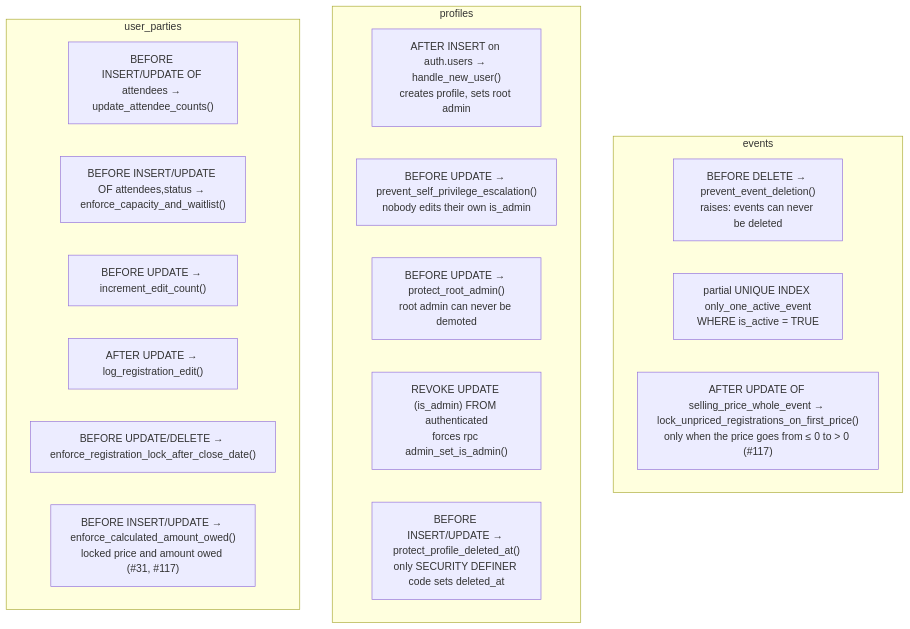
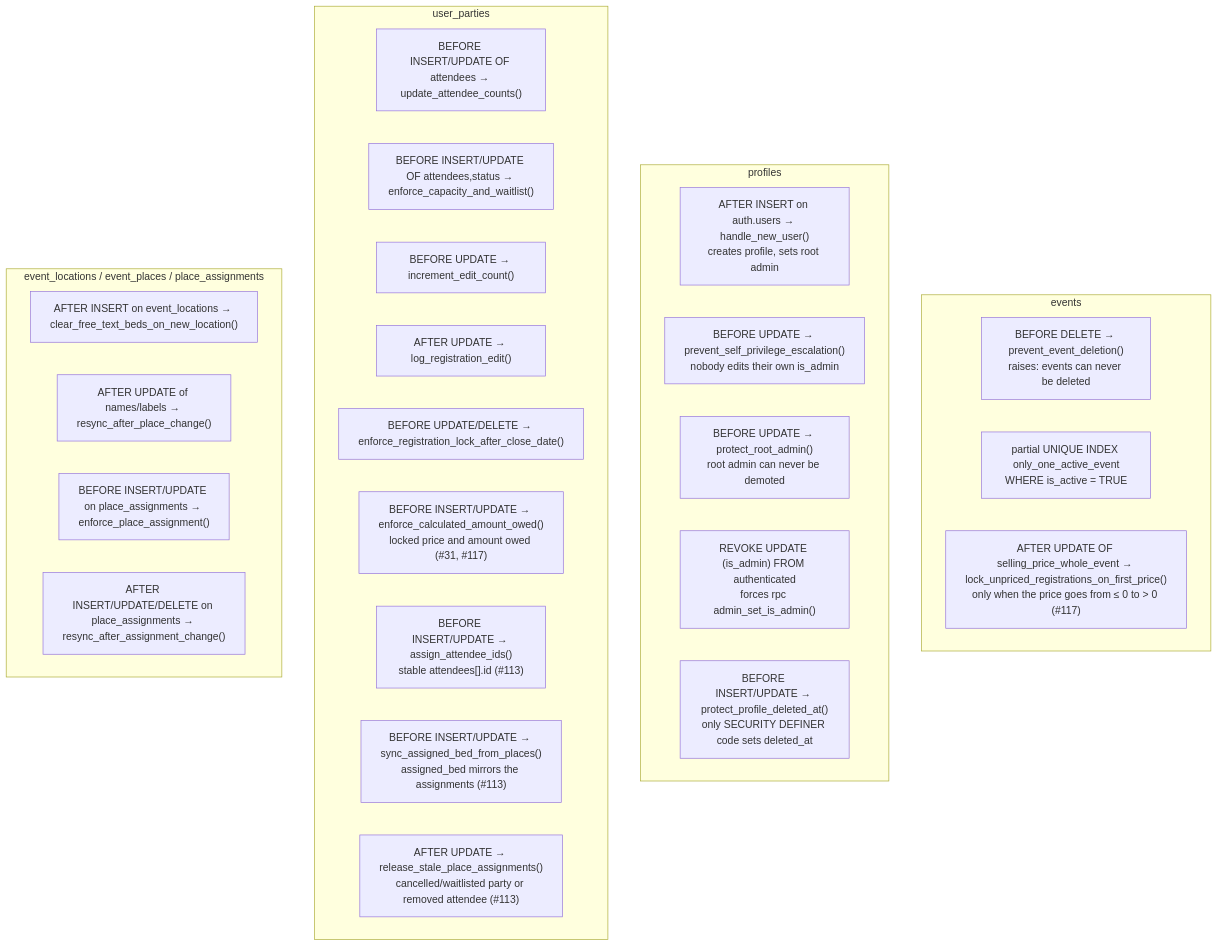
One commit to YULmix/yulmix-la-bedaine changed the second of 2 diagrams in docs/03-data-model.md. Above: the diagram before and after it, drawn with Mermaid. The commit also changed other lines of this file and 12 other files, not shown here.

````diff
--- a/docs/03-data-model.md
+++ b/docs/03-data-model.md
@@ -221,23 +260,32 @@
 ```mermaid
 flowchart TD
   subgraph events
     E1["BEFORE DELETE → prevent_event_deletion()<br/>raises: events can never be deleted"]
     E2["partial UNIQUE INDEX only_one_active_event<br/>WHERE is_active = TRUE"]
     E3["AFTER UPDATE OF selling_price_whole_event → lock_unpriced_registrations_on_first_price()<br/>only when the price goes from ≤ 0 to > 0 (#117)"]
   end
   subgraph profiles
     P1["AFTER INSERT on auth.users → handle_new_user()<br/>creates profile, sets root admin"]
     P2["BEFORE UPDATE → prevent_self_privilege_escalation()<br/>nobody edits their own is_admin"]
     P3["BEFORE UPDATE → protect_root_admin()<br/>root admin can never be demoted"]
     P4["REVOKE UPDATE (is_admin) FROM authenticated<br/>forces rpc admin_set_is_admin()"]
     P5["BEFORE INSERT/UPDATE → protect_profile_deleted_at()<br/>only SECURITY DEFINER code sets deleted_at"]
   end
   subgraph user_parties
     U1["BEFORE INSERT/UPDATE OF attendees → update_attendee_counts()"]
     U2["BEFORE INSERT/UPDATE OF attendees,status → enforce_capacity_and_waitlist()"]
     U3["BEFORE UPDATE → increment_edit_count()"]
     U4["AFTER UPDATE → log_registration_edit()"]
     U5["BEFORE UPDATE/DELETE → enforce_registration_lock_after_close_date()"]
     U6["BEFORE INSERT/UPDATE → enforce_calculated_amount_owed()<br/>locked price and amount owed (#31, #117)"]
+    U7["BEFORE INSERT/UPDATE → assign_attendee_ids()<br/>stable attendees[].id (#113)"]
+    U8["BEFORE INSERT/UPDATE → sync_assigned_bed_from_places()<br/>assigned_bed mirrors the assignments (#113)"]
+    U9["AFTER UPDATE → release_stale_place_assignments()<br/>cancelled/waitlisted party or removed attendee (#113)"]
+  end
+  subgraph places["event_locations / event_places / place_assignments"]
+    L1["AFTER INSERT on event_locations → clear_free_text_beds_on_new_location()"]
+    L2["AFTER UPDATE of names/labels → resync_after_place_change()"]
+    L3["BEFORE INSERT/UPDATE on place_assignments → enforce_place_assignment()"]
+    L4["AFTER INSERT/UPDATE/DELETE on place_assignments → resync_after_assignment_change()"]
   end
 ```
````
